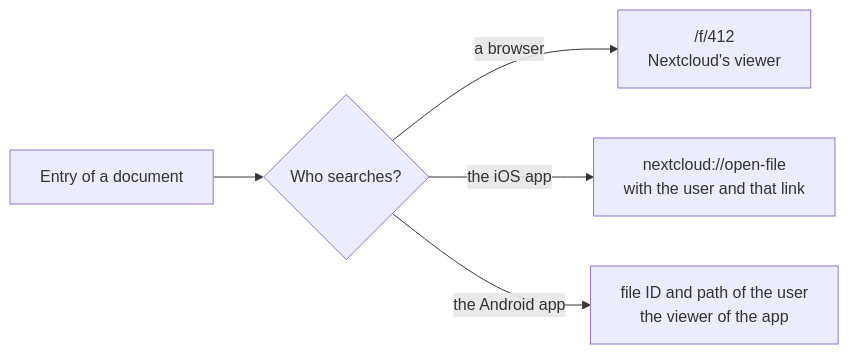
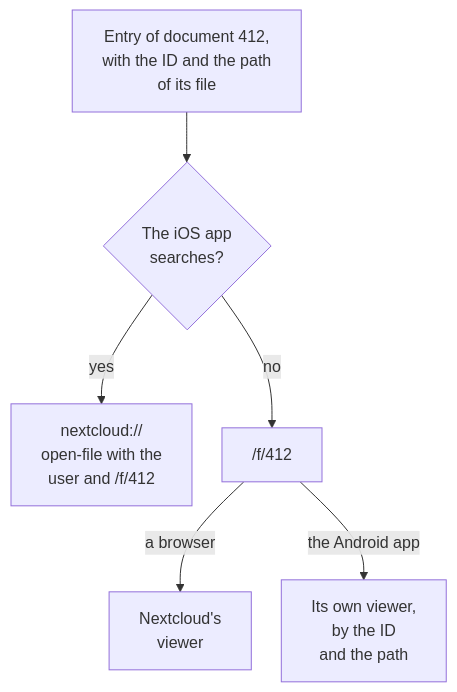
Before and after one commit to Dennis-Otto/paperless-unified-search: the fourth of 5 diagrams in docs/architecture.md, drawn with Mermaid. The commit also changed other lines of this file and 9 other files, not shown here.

First line of the commit message:
docs: accessible top-to-bottom diagrams and two new ones (#105)

````diff
--- a/docs/architecture.md
+++ b/docs/architecture.md
@@ -107,7 +162,17 @@
 ```mermaid
-flowchart LR
-    entry["Entry of a document"] --> client{"Who searches?"}
-    client -- "a browser" --> web["/f/412<br/>Nextcloud's viewer"]
-    client -- "the iOS app" --> ios["nextcloud://open-file<br/>with the user and that link"]
-    client -- "the Android app" --> android["file ID and path of the user<br/>the viewer of the app"]
+---
+config:
+  flowchart:
+    wrappingWidth: 400
+    nodeSpacing: 30
+---
+flowchart TB
+    accTitle: The link of a result
+    accDescr: The entry of document 412 carries the ID of its file and its path in the folders of the user. When the iOS app searches, its link is nextcloud://open-file with the user and the link /f/412. Otherwise its link is /f/412, which a browser opens in Nextcloud's viewer; the Android app opens the file in its own viewer by the ID and the path.
+
+    entry["Entry of document 412,<br>with the ID and the path<br>of its file"] --> ios{"The iOS app<br>searches?"}
+    ios -- "yes" --> deep["nextcloud://<br>open-file with the<br>user and /f/412"]
+    ios -- "no" --> web["/f/412"]
+    web -- "a browser" --> viewer["Nextcloud's<br>viewer"]
+    web -- "the Android app" --> android["Its own viewer,<br>by the ID<br>and the path"]
 ```
````
